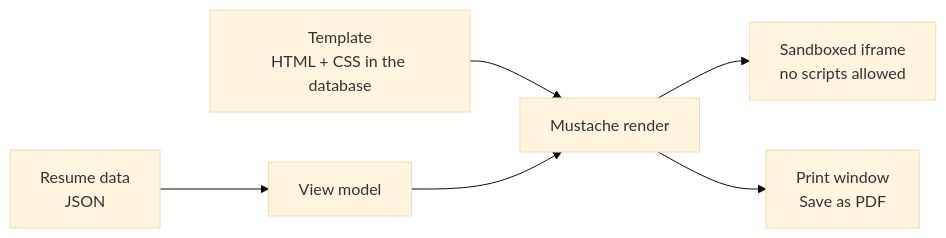
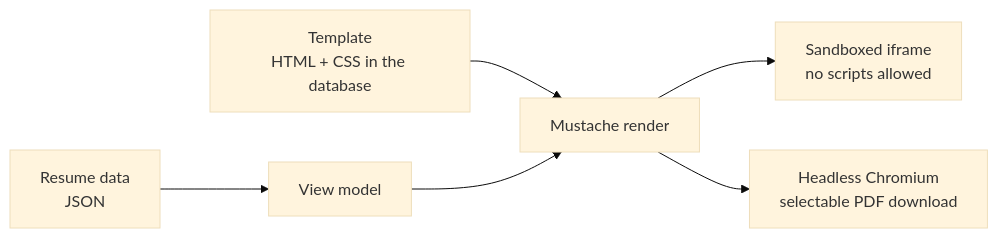
Before and after one commit to Maryamf27/AiResume-Builder: the fifth of 5 diagrams in README.md, drawn with Mermaid (base theme). The commit also changed other lines of this file and 7 other files, not shown here.

````diff
--- a/README.md
+++ b/README.md
@@ -168,7 +168,7 @@
 ```mermaid
 flowchart LR
     T["Template<br/>HTML + CSS in the database"] --> M["Mustache render"]
     R["Resume data<br/>JSON"] --> V["View model"] --> M
     M --> S["Sandboxed iframe<br/>no scripts allowed"]
-    M --> P["Print window<br/>Save as PDF"]
+    M --> P["Headless Chromium<br/>selectable PDF download"]
 ```
````
